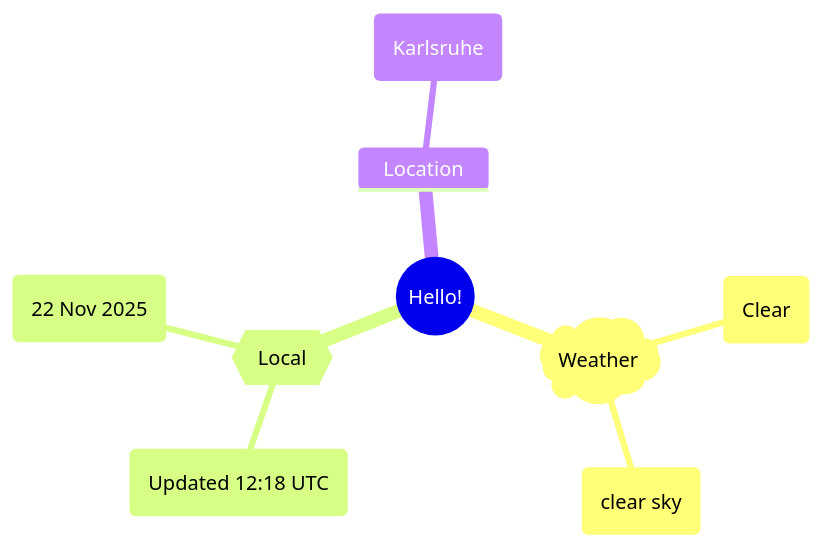
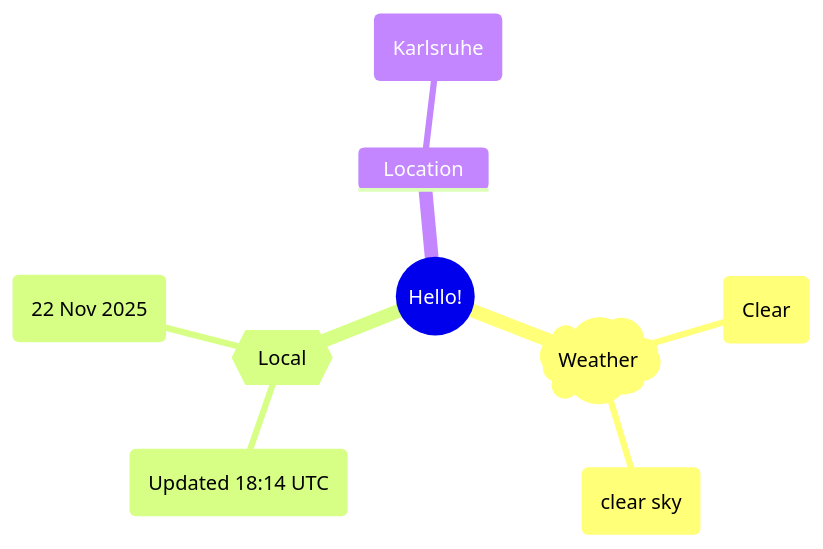
The first of 2 diagrams in README.md (Xosrov/Xosrov), drawn with Mermaid before and after one commit.

Commit message:
[bot] updated images

````diff
--- a/README.md
+++ b/README.md
@@ -3,12 +3,12 @@
 ```mermaid
 mindmap
   root((Hello!))
     )Weather(
         (Clear)
         (clear sky)
     {{Local}}
-        (Updated 12:18 UTC)
+        (Updated 18:14 UTC)
         (22 Nov 2025)
     Location
         (Karlsruhe)
 ```
````
